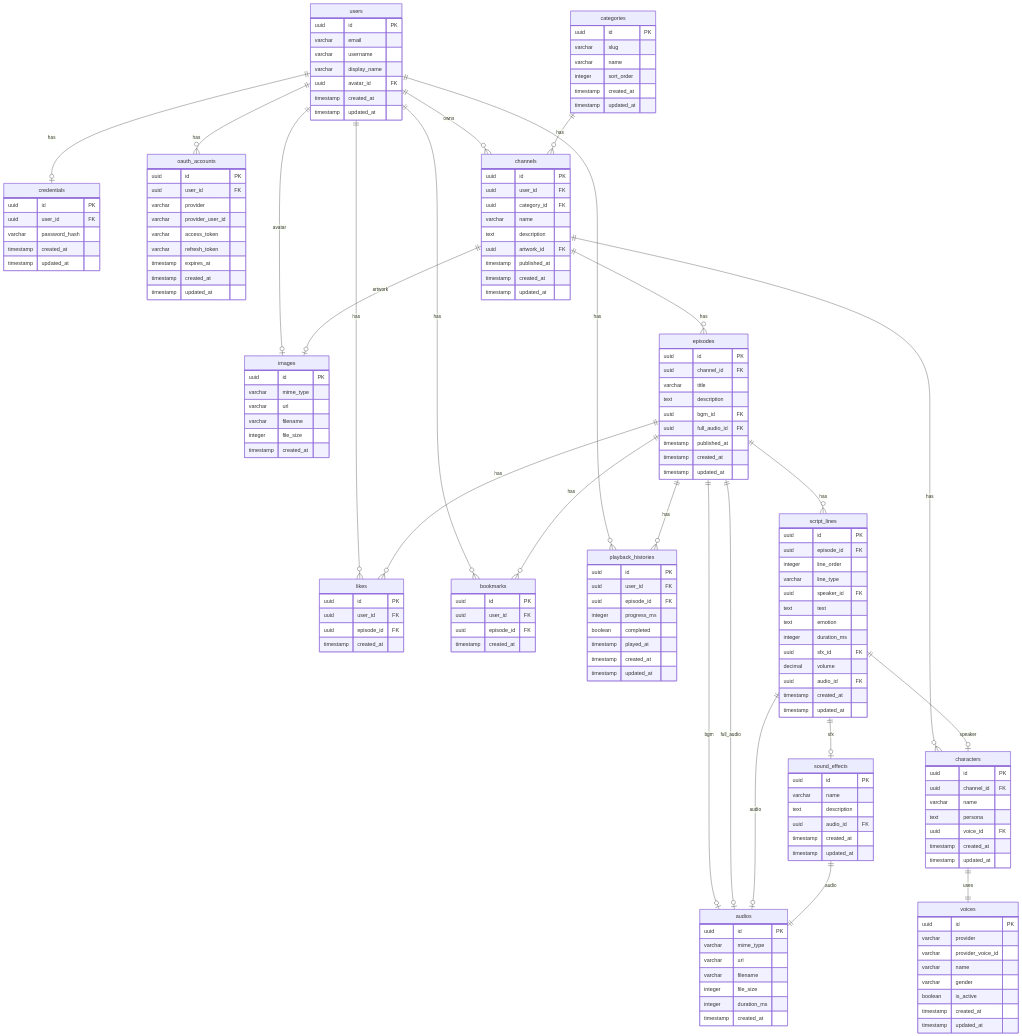
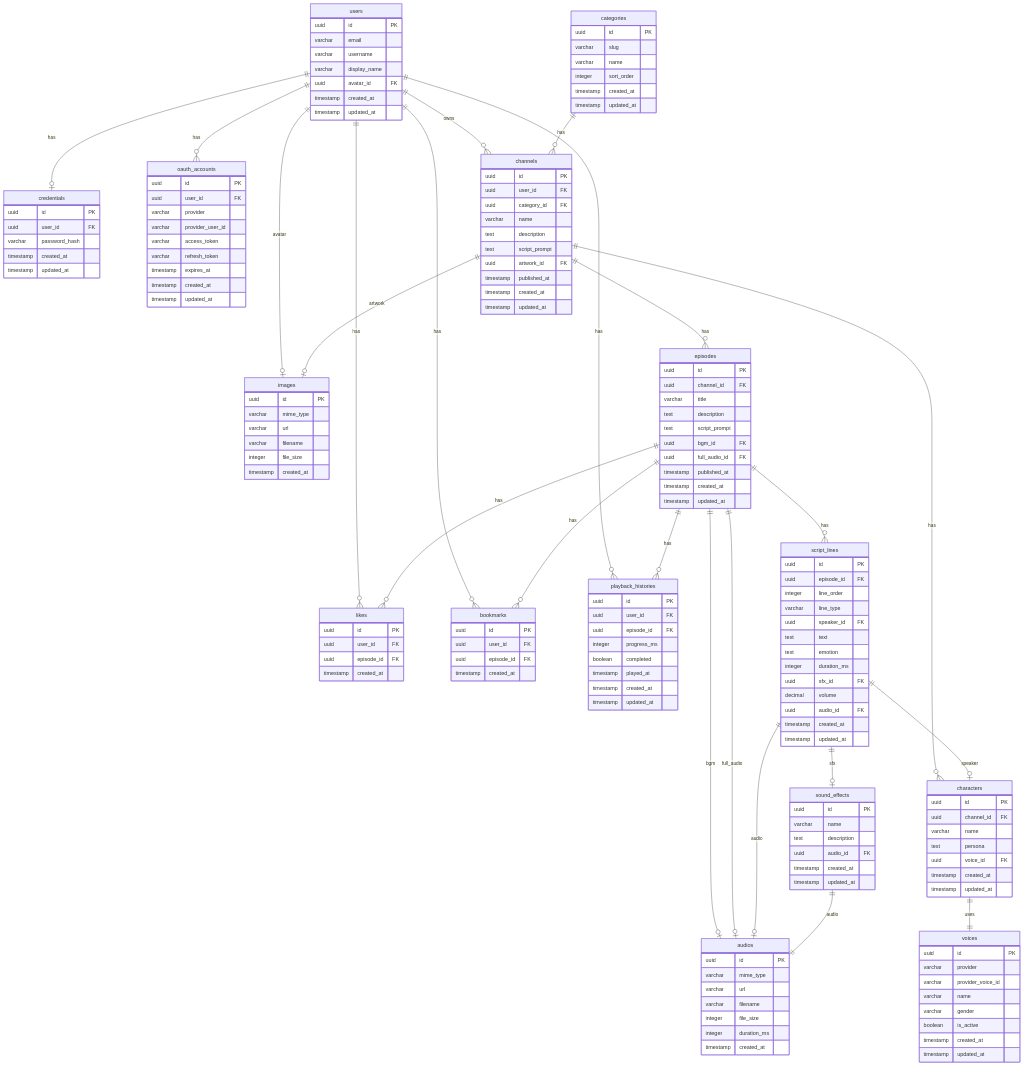
The diagram in docs/database.md (siropaca/anycast-backend), drawn with Mermaid before and after one commit. The commit also changed other lines of this file and 4 other files, not shown here.

First line of the commit message:
feat: Channel と Episode に scriptPrompt フィールドを追加

```diff
--- a/docs/database.md
+++ b/docs/database.md
@@ -97,6 +97,7 @@
         uuid category_id FK
         varchar name
         text description
+        text script_prompt
         uuid artwork_id FK
         timestamp published_at
         timestamp created_at
@@ -129,6 +130,7 @@
         uuid channel_id FK
         varchar title
         text description
+        text script_prompt
         uuid bgm_id FK
         uuid full_audio_id FK
         timestamp published_at
```
